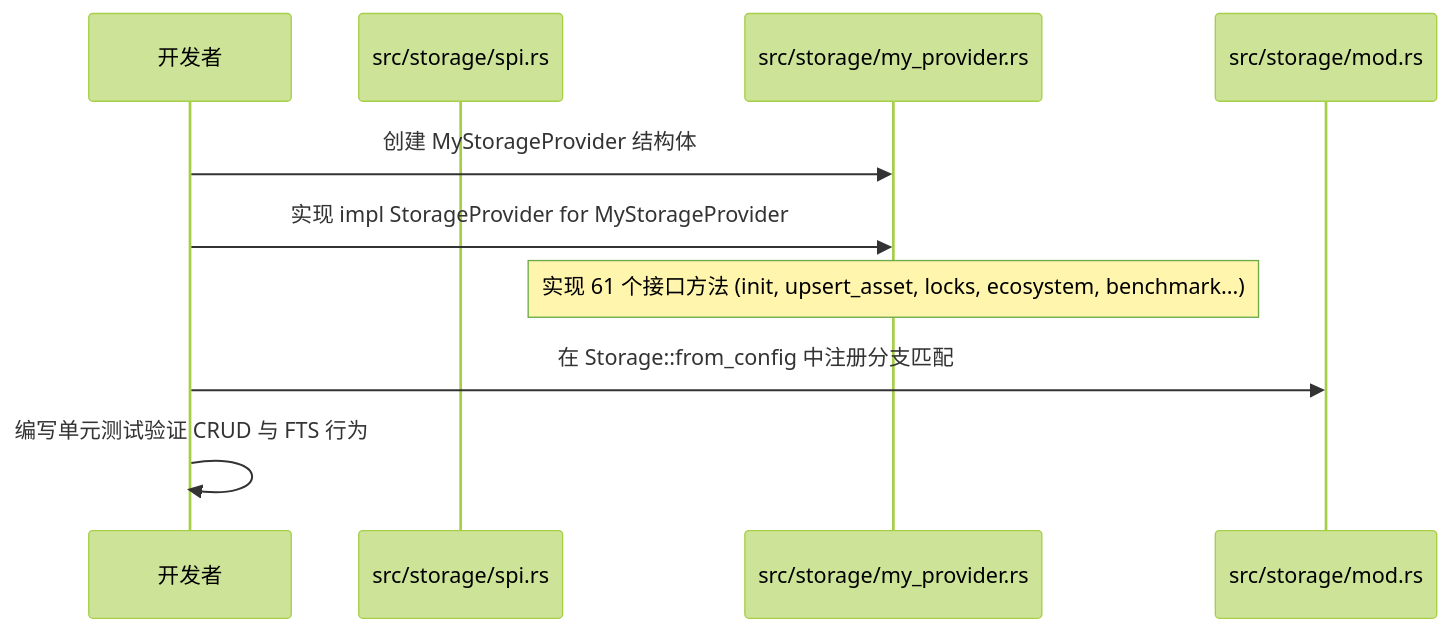
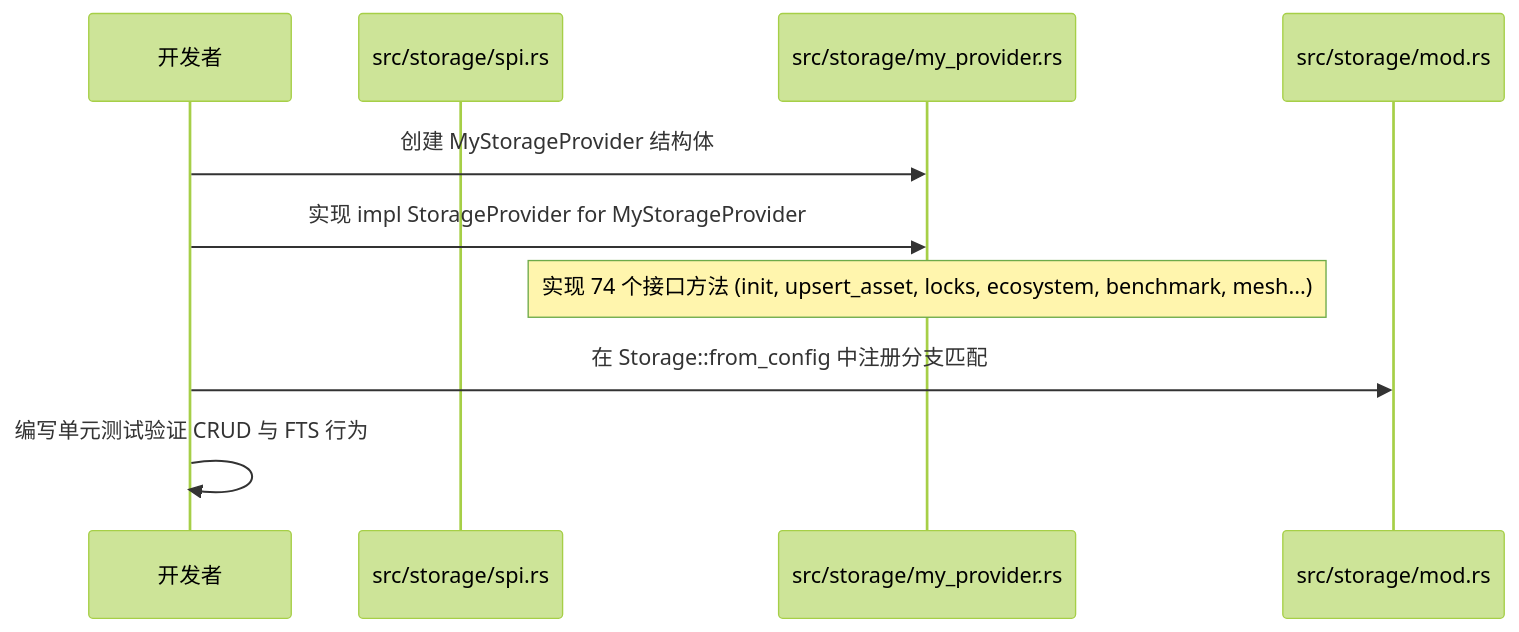
One commit to digoal/agent-body changed the second of 2 diagrams in arch/02-for-developers.md. Above: the diagram before and after it, drawn with Mermaid (forest theme). The commit also changed other lines of this file and 40 other files, not shown here.

````diff
--- a/arch/02-for-developers.md
+++ b/arch/02-for-developers.md
@@ -156,13 +158,13 @@
 ```mermaid
 sequenceDiagram
     participant Dev as 开发者
     participant SPI as src/storage/spi.rs
     participant Impl as src/storage/my_provider.rs
     participant Facade as src/storage/mod.rs
 
     Dev->>Impl: 创建 MyStorageProvider 结构体
     Dev->>Impl: 实现 impl StorageProvider for MyStorageProvider
-    Note over Impl: 实现 61 个接口方法 (init, upsert_asset, locks, ecosystem, benchmark...)
+    Note over Impl: 实现 74 个接口方法 (init, upsert_asset, locks, ecosystem, benchmark, mesh...)
     Dev->>Facade: 在 Storage::from_config 中注册分支匹配
     Dev->>Dev: 编写单元测试验证 CRUD 与 FTS 行为
 ```
````
